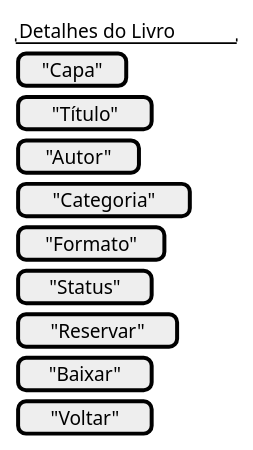
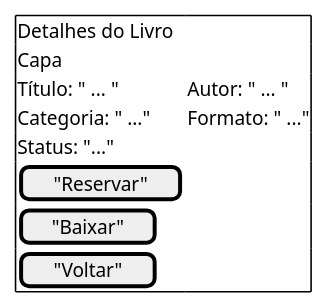
One commit to jonh-carvalho/PBE_25.2_8003 changed the fourth of 9 diagrams in docs/Disciplina/Roteiros/Elaboracao/new_proto_biblioteca.md. Above: the diagram before and after it, drawn with PlantUML. The commit also changed other lines of this file, not shown here.

````diff
--- a/docs/Disciplina/Roteiros/Elaboracao/new_proto_biblioteca.md
+++ b/docs/Disciplina/Roteiros/Elaboracao/new_proto_biblioteca.md
@@ -96,18 +103,16 @@
 ```plantuml
 @startsalt
 {
-  {
-    "Detalhes do Livro"
-    [ "Capa" ]
-    [ "Título" ]
-    [ "Autor" ]
-    [ "Categoria" ]
-    [ "Formato" ]
-    [ "Status" ]
+  {+
+    Detalhes do Livro
+    Capa
+    Título: " ... " |  Autor: " ... "
+    Categoria: " ..." | Formato: " ..."
+    Status: "..." 
     [ "Reservar" ]
     [ "Baixar" ]
     [ "Voltar" ]
   }
 }
 @endsalt
 ```
````
